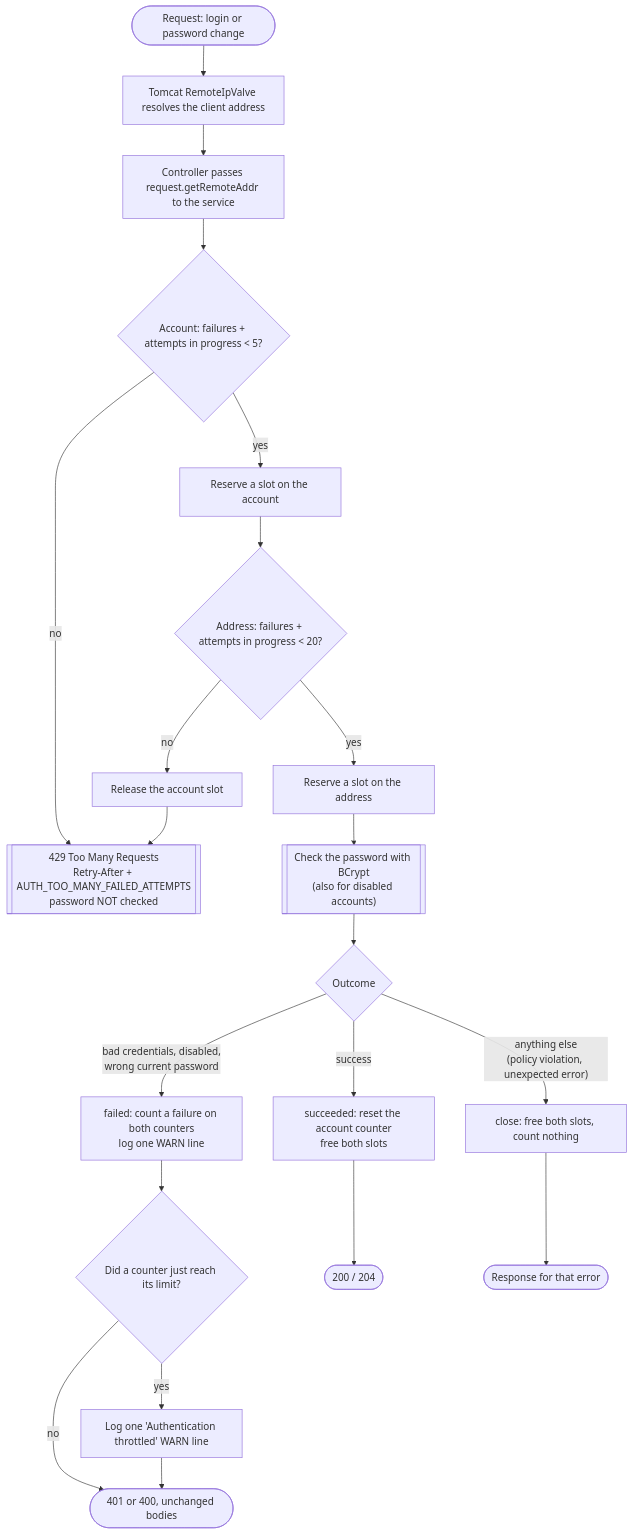
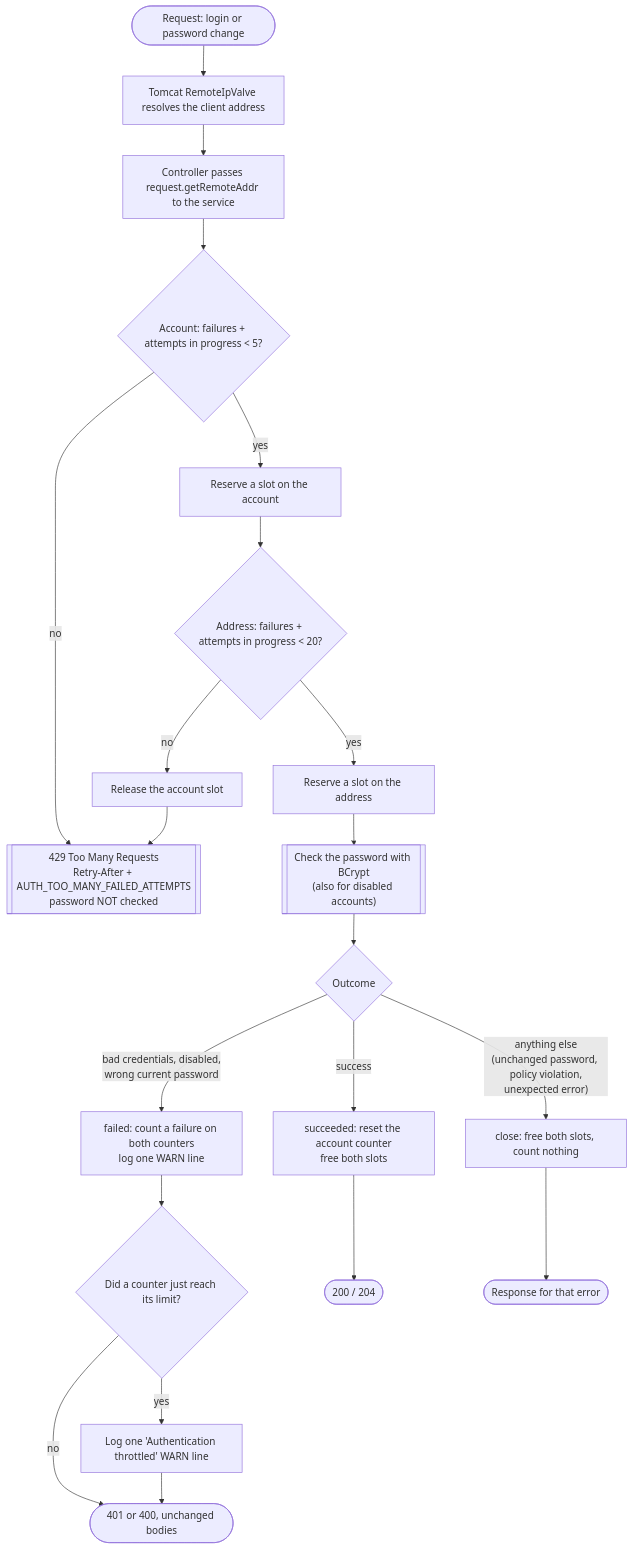
One commit to lucoenergia/conluz changed the first of 5 diagrams in docs/security/authentication-throttling.md. Above: the diagram before and after it, drawn with Mermaid. The commit also changed other lines of this file and 13 other files, not shown here.

````diff
--- a/docs/security/authentication-throttling.md
+++ b/docs/security/authentication-throttling.md
@@ -45,20 +46,20 @@
 ```mermaid
 flowchart TD
     A([Request: login or password change]) --> B[Tomcat RemoteIpValve resolves the client address]
     B --> C[Controller passes request.getRemoteAddr to the service]
     C --> D{"Account: failures + attempts in progress < 5?"}
     D -- no --> R[["429 Too Many Requests<br/>Retry-After + AUTH_TOO_MANY_FAILED_ATTEMPTS<br/>password NOT checked"]]
     D -- yes --> E[Reserve a slot on the account]
     E --> F{"Address: failures + attempts in progress < 20?"}
     F -- no --> G[Release the account slot] --> R
     F -- yes --> H[Reserve a slot on the address]
     H --> I[["Check the password with BCrypt<br/>(also for disabled accounts)"]]
     I --> J{Outcome}
     J -- "bad credentials, disabled,<br/>wrong current password" --> K[failed: count a failure on both counters<br/>log one WARN line]
     K --> L{Did a counter just reach its limit?}
     L -- yes --> M[Log one 'Authentication throttled' WARN line]
     L -- no --> N
     M --> N([401 or 400, unchanged bodies])
     J -- success --> O[succeeded: reset the account counter<br/>free both slots] --> P([200 / 204])
-    J -- "anything else<br/>(policy violation, unexpected error)" --> Q[close: free both slots, count nothing] --> S([Response for that error])
+    J -- "anything else<br/>(unchanged password, policy violation,<br/>unexpected error)" --> Q[close: free both slots, count nothing] --> S([Response for that error])
 ```
````
